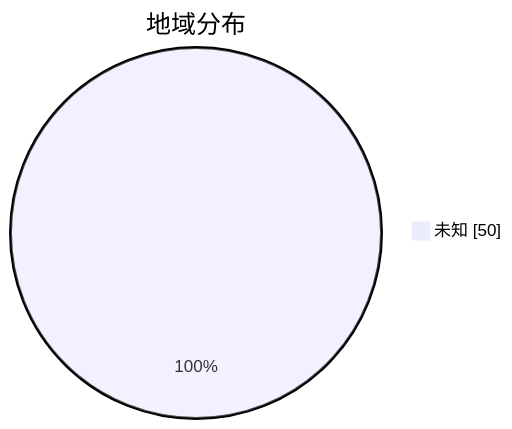
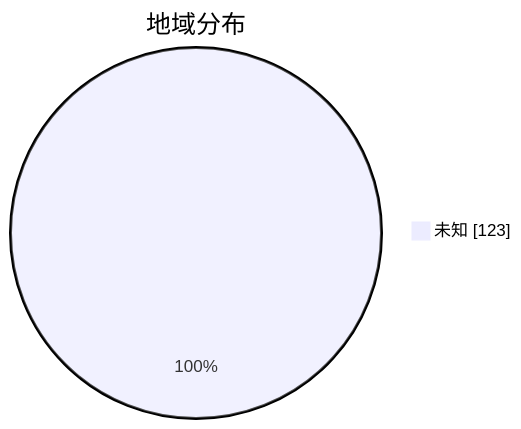
One commit to qjlxg/airport changed the second of 3 diagrams in subs/statistics/tested_within.md. Above: the diagram before and after it, drawn with Mermaid. The commit also changed other lines of this file and 2 other files, not shown here.

````diff
--- a/subs/statistics/tested_within.md
+++ b/subs/statistics/tested_within.md
@@ -10,5 +11,5 @@
 ```mermaid
 pie showData
 title 地域分布
-"未知" : 50
+"未知" : 123
 ```
````
